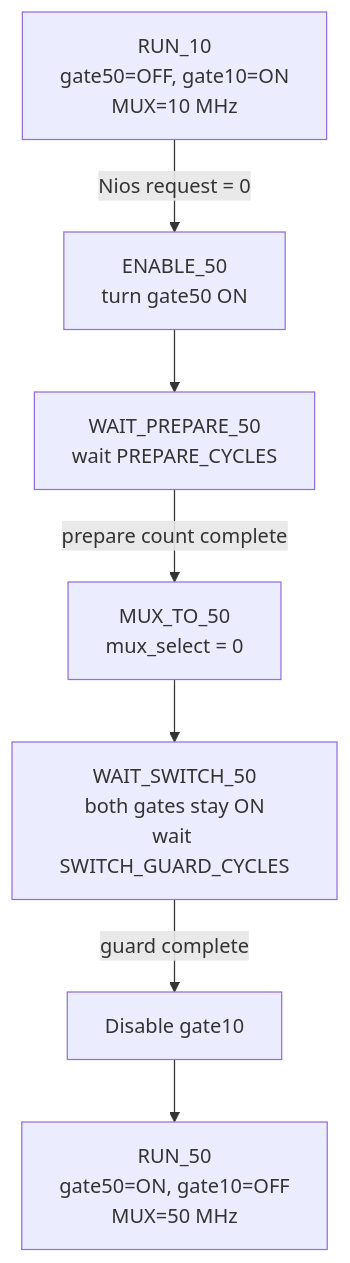
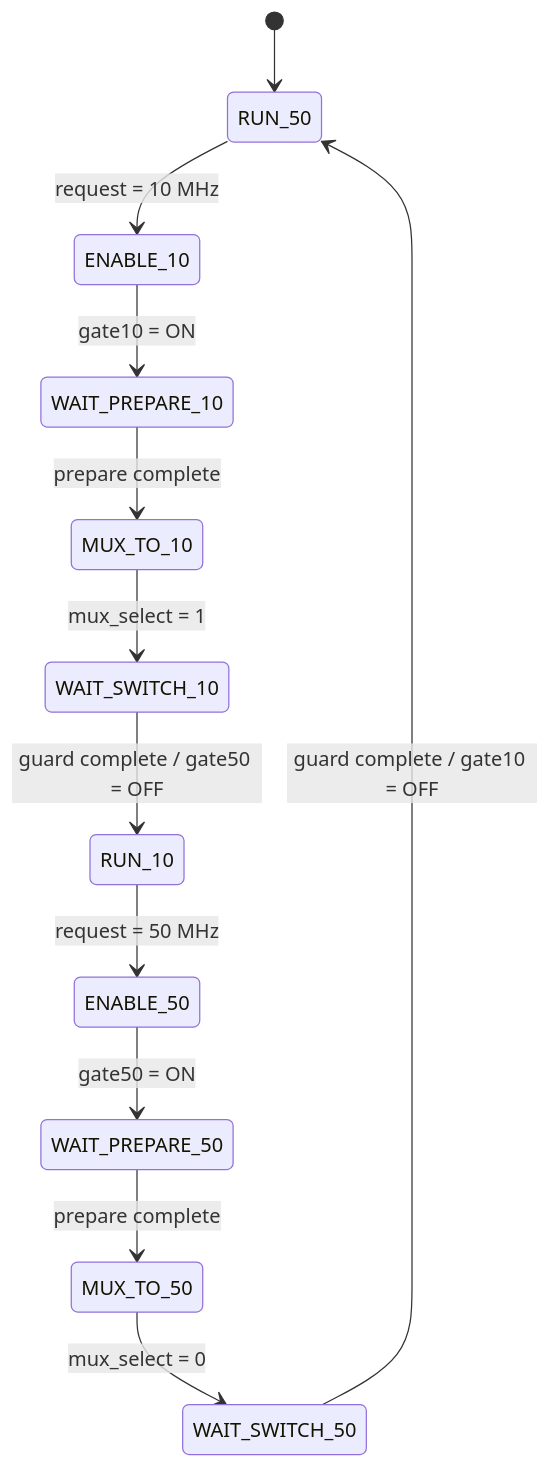
The fourth of 6 diagrams in README.md (Jiayhocoding/iopll_niosv_50_10_mux_gating), drawn with Mermaid before and after one commit. The commit also changed other lines of this file, not shown here.

````diff
--- a/README.md
+++ b/README.md
@@ -87,17 +135,16 @@
 ```mermaid
-flowchart TD
-    A["RUN_10<br/>gate50=OFF, gate10=ON<br/>MUX=10 MHz"]
-    B["ENABLE_50<br/>turn gate50 ON"]
-    C["WAIT_PREPARE_50<br/>wait PREPARE_CYCLES"]
-    D["MUX_TO_50<br/>mux_select = 0"]
-    E["WAIT_SWITCH_50<br/>both gates stay ON<br/>wait SWITCH_GUARD_CYCLES"]
-    F["Disable gate10"]
-    G["RUN_50<br/>gate50=ON, gate10=OFF<br/>MUX=50 MHz"]
+stateDiagram-v2
+    [*] --> RUN_50
 
-    A -->|"Nios request = 0"| B
-    B --> C
-    C -->|"prepare count complete"| D
-    D --> E
-    E -->|"guard complete"| F
-    F --> G
+    RUN_50 --> ENABLE_10: request = 10 MHz
+    ENABLE_10 --> WAIT_PREPARE_10: gate10 = ON
+    WAIT_PREPARE_10 --> MUX_TO_10: prepare complete
+    MUX_TO_10 --> WAIT_SWITCH_10: mux_select = 1
+    WAIT_SWITCH_10 --> RUN_10: guard complete / gate50 = OFF
+
+    RUN_10 --> ENABLE_50: request = 50 MHz
+    ENABLE_50 --> WAIT_PREPARE_50: gate50 = ON
+    WAIT_PREPARE_50 --> MUX_TO_50: prepare complete
+    MUX_TO_50 --> WAIT_SWITCH_50: mux_select = 0
+    WAIT_SWITCH_50 --> RUN_50: guard complete / gate10 = OFF
 ```
````
